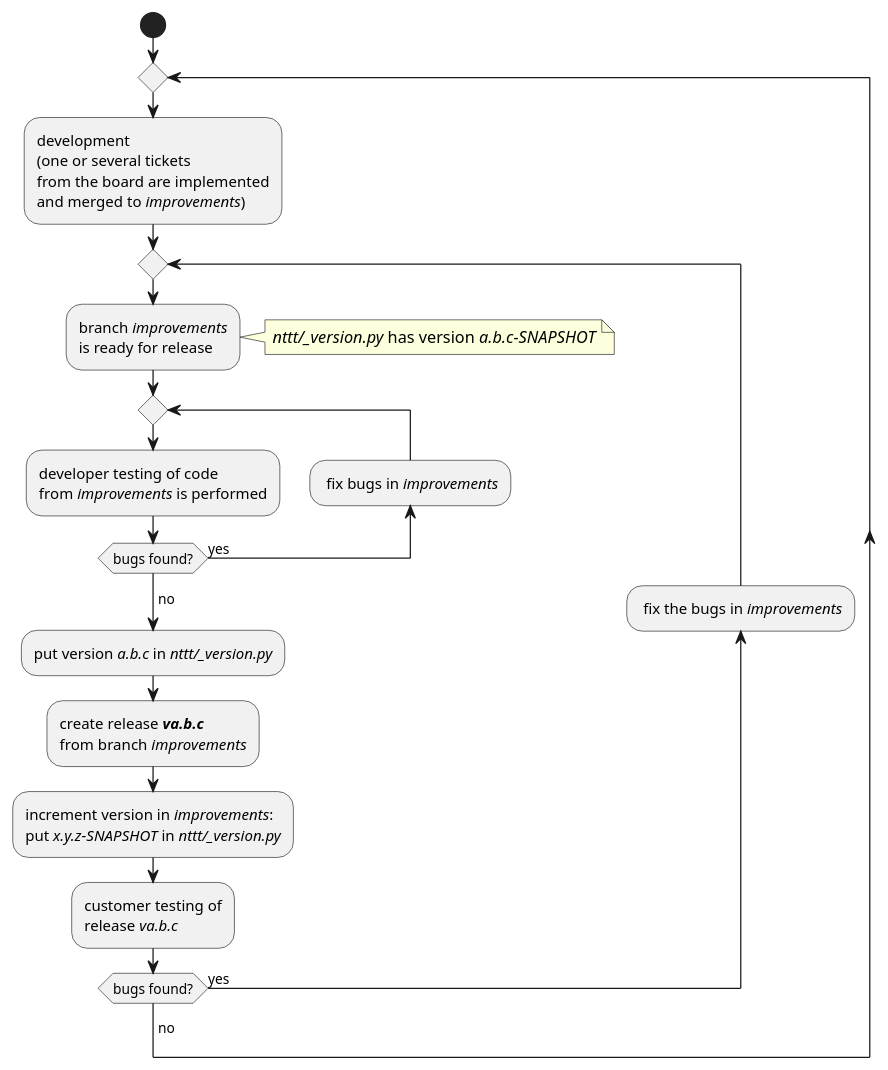
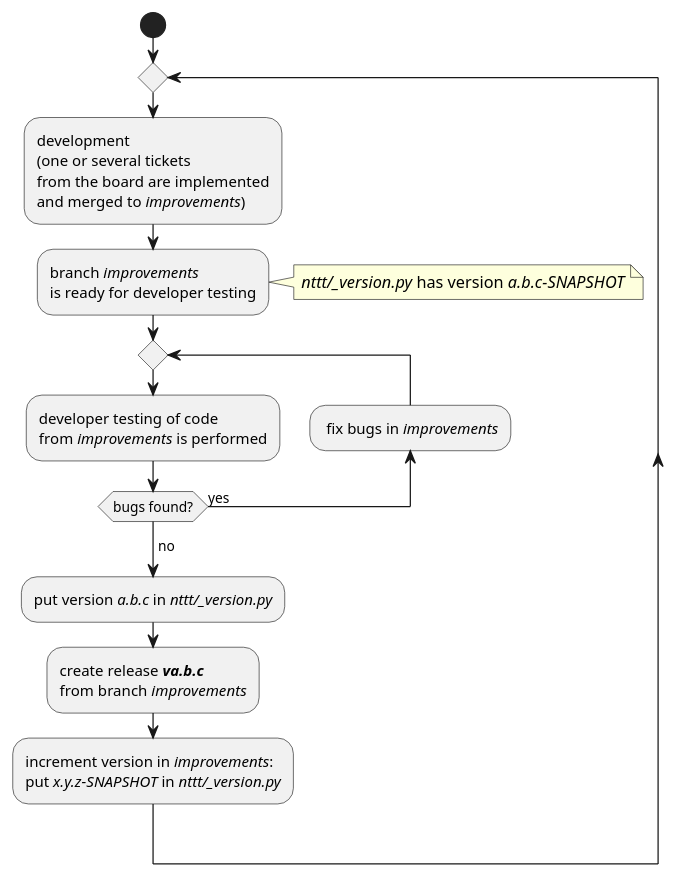
One commit to wheleph/nttt changed the diagram in doc/release_process.plantuml. Above: the diagram before and after it, drawn with PlantUML.

Commit message:
Remove customer testing step from the release process

```diff
--- a/doc/release_process.plantuml
+++ b/doc/release_process.plantuml
@@ -1,42 +1,34 @@
 @startuml
 start
 
 repeat
 
-:development
-(one or several tickets
-from the board are implemented
-and merged to //improvements//);
+  :development
+  (one or several tickets
+  from the board are implemented
+  and merged to //improvements//);
 
-repeat
   :branch //improvements//
-  is ready for release;
+  is ready for developer testing;
 
   note right
     //nttt/_version.py// has version //a.b.c-SNAPSHOT//
   end note
 
   repeat
     :developer testing of code
     from //improvements// is performed;
     backward: fix bugs in //improvements//;
   repeat while (bugs found?) is (yes)
   ->no;
   :put version //a.b.c// in //nttt/_version.py//;
 
   :create release //**va.b.c**//
   from branch //improvements//;
 
   :increment version in //improvements//:
   put //x.y.z-SNAPSHOT// in //nttt/_version.py//;
 
-  :customer testing of
-  release //va.b.c//;
-
-  backward: fix the bugs in //improvements//;
-repeat while (bugs found?) is (yes)
-->no;
-
 repeat while
 
 @enduml
```
